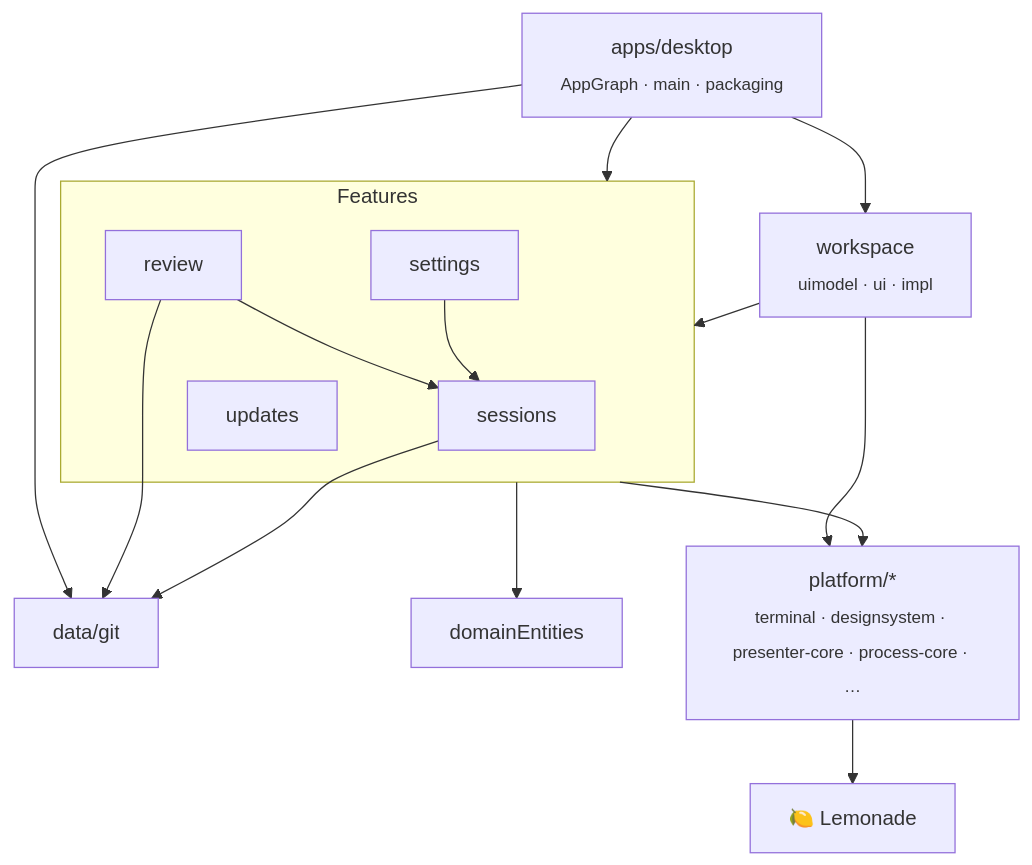
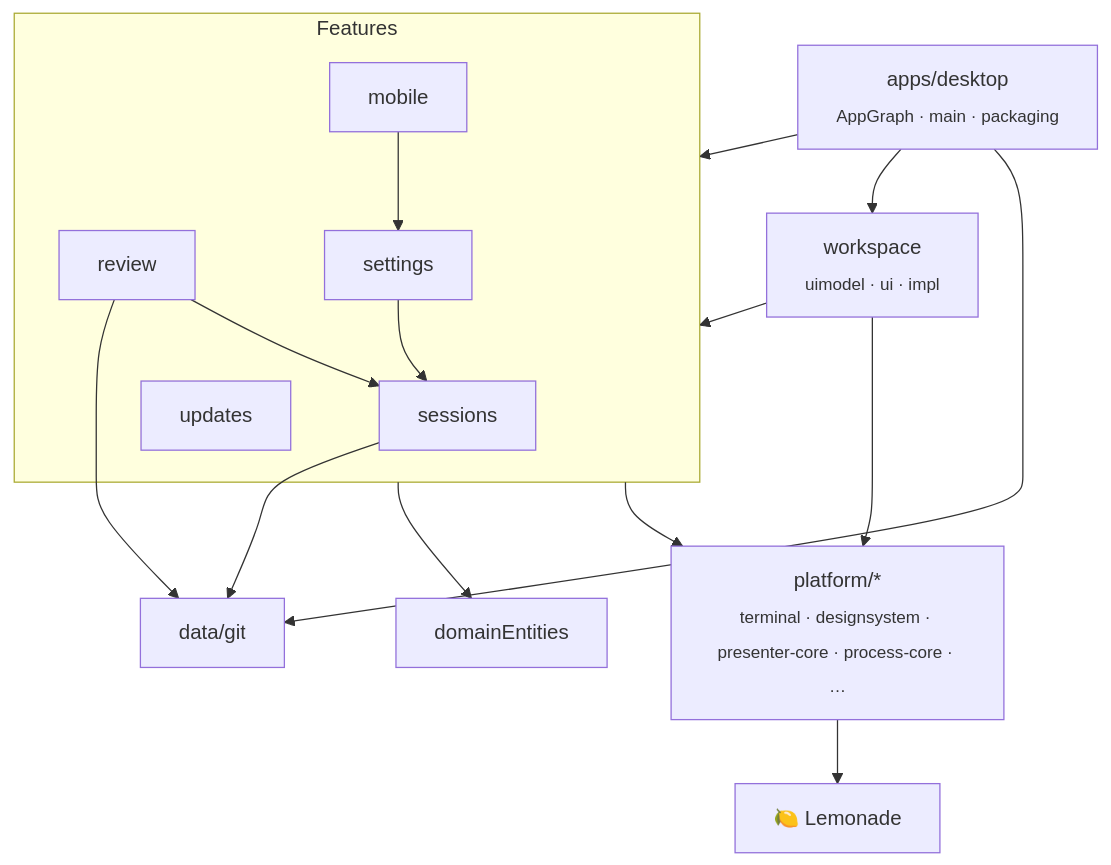
The first of 2 diagrams in docs/ARCHITECTURE.md (williankl/l-code), drawn with Mermaid before and after one commit. The commit also changed other lines of this file and 105 other files, not shown here.

First line of the commit message:
Settings one page at a time, the Mobile plugin, languages, and a diff file list

````diff
--- a/docs/ARCHITECTURE.md
+++ b/docs/ARCHITECTURE.md
@@ -15,28 +15,30 @@
 ```mermaid
 flowchart TB
     app["apps/desktop<br/><sub>AppGraph · main · packaging</sub>"]
     ws["workspace<br/><sub>uimodel · ui · impl</sub>"]
     subgraph features ["Features"]
         sessions["sessions"]
         review["review"]
         settings["settings"]
         updates["updates"]
+        mobile["mobile"]
     end
     git["data/git"]
     domain["domainEntities"]
     platform["platform/*<br/><sub>terminal · designsystem · presenter-core · process-core · …</sub>"]
     lemonade["🍋 Lemonade"]
 
     app --> ws
     app --> features
     app --> git
     ws --> features
     review --> git
     review --> sessions
     settings --> sessions
+    mobile --> settings
     sessions --> git
     features --> domain
     features --> platform
     ws --> platform
     platform --> lemonade
 ```
````
